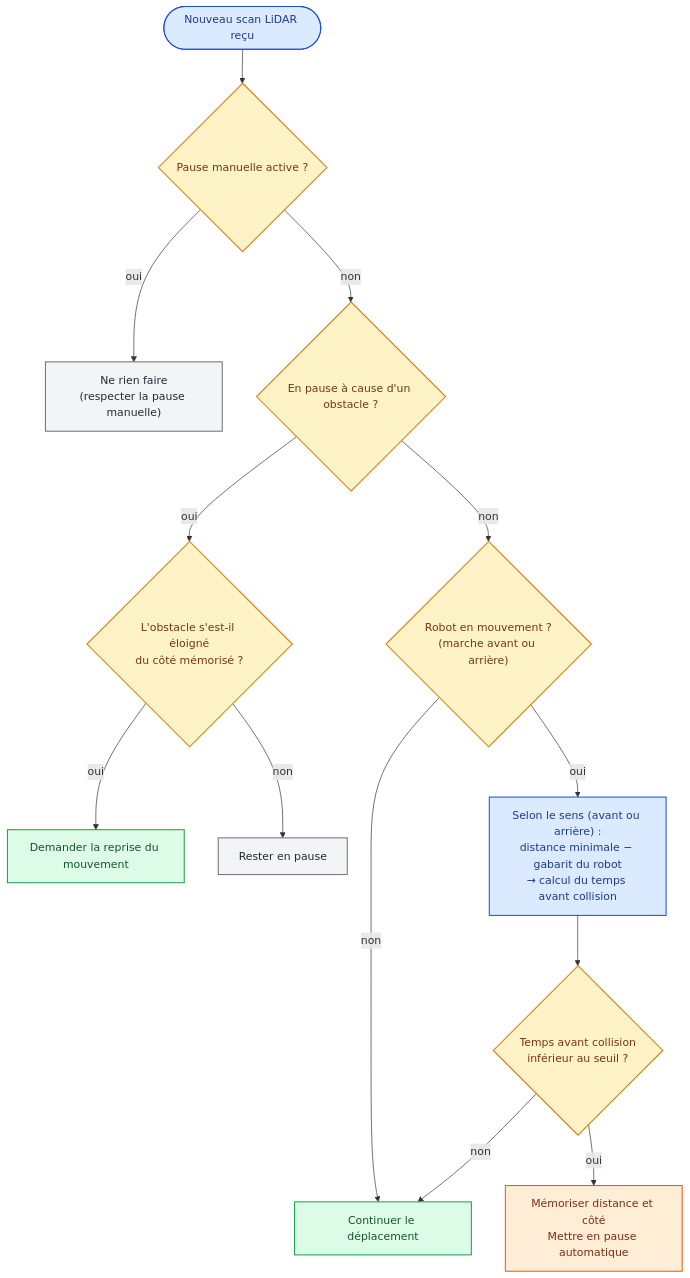
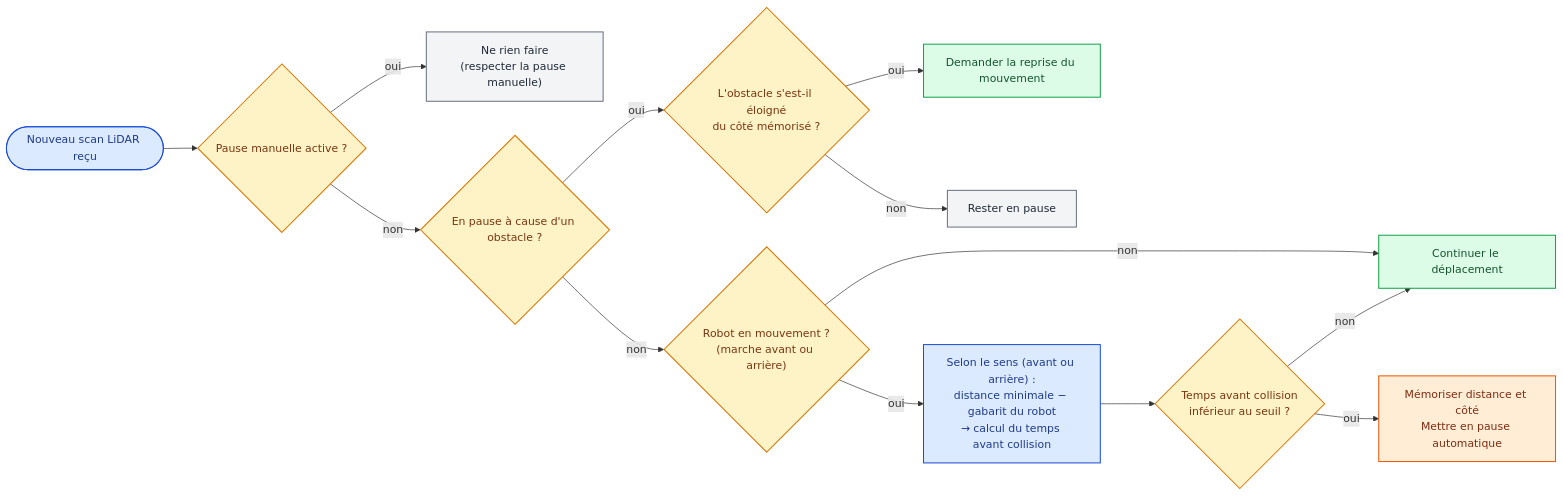
The seventh of 18 diagrams in robotique_et_navigation/Rapport/Rapport.md (benoitdekeyn/E4SE_TD_TP), drawn with Mermaid before and after one commit. The commit also changed other lines of this file and 2 other files, not shown here.

Commit message:
adaptation des tailles des mermaids + retrait gras et separateurs inutiles

````diff
--- a/robotique_et_navigation/Rapport/Rapport.md
+++ b/robotique_et_navigation/Rapport/Rapport.md
@@ -670,41 +680,41 @@
-```mermaid zoom=75
-flowchart TB
+```mermaid
+flowchart LR
     START(["`Nouveau scan LiDAR reçu`"])
     P_MAN{"`Pause manuelle active ?`"}
     KEEP["`Ne rien faire<br/>(respecter la pause manuelle)`"]
     P_COL{"`En pause à cause d'un obstacle ?`"}
     FAR{"`L'obstacle s'est-il éloigné<br/>du côté mémorisé ?`"}
     PLAY["`Demander la reprise du mouvement`"]
     WAIT["`Rester en pause`"]
     MOVING{"`Robot en mouvement ?<br/>(marche avant ou arrière)`"}
     CALC["`Selon le sens (avant ou arrière) :<br/>distance minimale − gabarit du robot<br/>→ calcul du temps avant collision`"]
     RISK{"`Temps avant collision<br/>inférieur au seuil ?`"}
     PAUSE["`Mémoriser distance et côté<br/>Mettre en pause automatique`"]
     OK["`Continuer le déplacement`"]
 
     START --> P_MAN
     P_MAN -->|"oui"| KEEP
     P_MAN -->|"non"| P_COL
     P_COL -->|"oui"| FAR
     FAR -->|"oui"| PLAY
     FAR -->|"non"| WAIT
     P_COL -->|"non"| MOVING
     MOVING -->|"non"| OK
     MOVING -->|"oui"| CALC
     CALC --> RISK
     RISK -->|"oui"| PAUSE
     RISK -->|"non"| OK
 
     style START fill:#dbeafe,stroke:#1d4ed8,stroke-width:1.5px,color:#1e3a8a
     style P_MAN fill:#fef3c7,stroke:#d97706,stroke-width:1.5px,color:#78350f
     style P_COL fill:#fef3c7,stroke:#d97706,stroke-width:1.5px,color:#78350f
     style FAR fill:#fef3c7,stroke:#d97706,stroke-width:1.5px,color:#78350f
     style MOVING fill:#fef3c7,stroke:#d97706,stroke-width:1.5px,color:#78350f
     style RISK fill:#fef3c7,stroke:#d97706,stroke-width:1.5px,color:#78350f
     style PLAY fill:#dcfce7,stroke:#16a34a,stroke-width:1.5px,color:#14532d
     style OK fill:#dcfce7,stroke:#16a34a,stroke-width:1.5px,color:#14532d
     style PAUSE fill:#ffedd5,stroke:#ea580c,stroke-width:1.5px,color:#7c2d12
     style KEEP fill:#f3f4f6,stroke:#6b7280,stroke-width:1.5px,color:#1f2937
     style WAIT fill:#f3f4f6,stroke:#6b7280,stroke-width:1.5px,color:#1f2937
     style CALC fill:#dbeafe,stroke:#1d4ed8,stroke-width:1.5px,color:#1e3a8a
 ```
````
